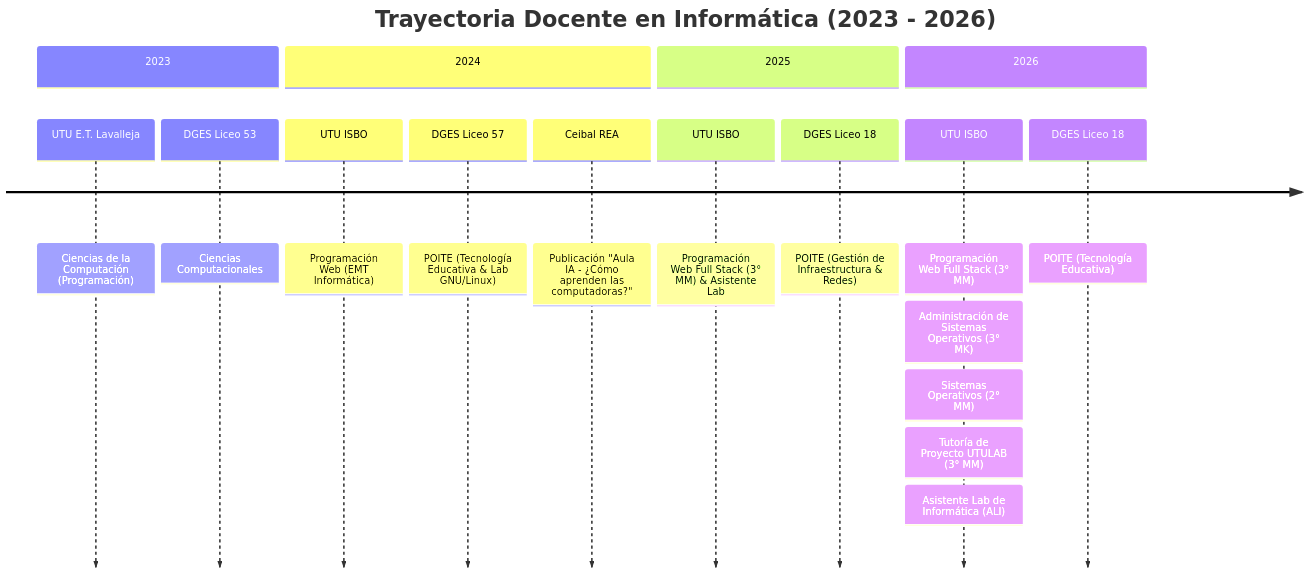
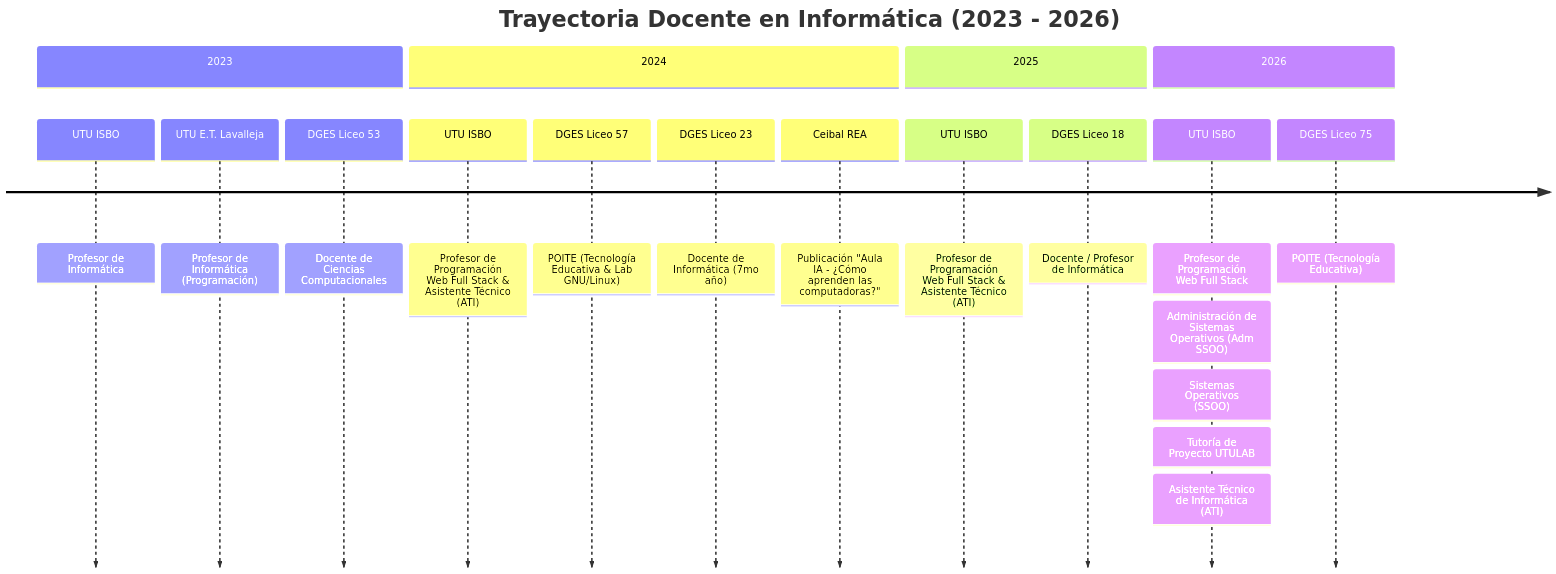
One commit to gavafue/gavafue changed the diagram in README.md. Above: the diagram before and after it, drawn with Mermaid. The commit also changed other lines of this file, not shown here.

Commit message:
docs: actualizar cronologia docente e institucional 2023-2026 (DGETP y DGES)

````diff
--- a/README.md
+++ b/README.md
@@ -49,21 +49,23 @@
 ```mermaid
 timeline
     title Trayectoria Docente en Informática (2023 - 2026)
     section 2023
-        UTU E.T. Lavalleja : Ciencias de la Computación (Programación)
-        DGES Liceo 53 : Ciencias Computacionales
+        UTU ISBO : Profesor de Informática
+        UTU E.T. Lavalleja : Profesor de Informática (Programación)
+        DGES Liceo 53 : Docente de Ciencias Computacionales
     section 2024
-        UTU ISBO : Programación Web (EMT Informática)
+        UTU ISBO : Profesor de Programación Web Full Stack & Asistente Técnico (ATI)
         DGES Liceo 57 : POITE (Tecnología Educativa & Lab GNU/Linux)
+        DGES Liceo 23 : Docente de Informática (7mo año)
         Ceibal REA : Publicación "Aula IA - ¿Cómo aprenden las computadoras?"
     section 2025
-        UTU ISBO : Programación Web Full Stack (3° MM) & Asistente Lab
-        DGES Liceo 18 : POITE (Gestión de Infraestructura & Redes)
+        UTU ISBO : Profesor de Programación Web Full Stack & Asistente Técnico (ATI)
+        DGES Liceo 18 : Docente / Profesor de Informática
     section 2026
-        UTU ISBO : Programación Web Full Stack (3° MM)
-                 : Administración de Sistemas Operativos (3° MK)
-                 : Sistemas Operativos (2° MM)
-                 : Tutoría de Proyecto UTULAB (3° MM)
-                 : Asistente Lab de Informática (ALI)
-        DGES Liceo 18 : POITE (Tecnología Educativa)
+        UTU ISBO : Profesor de Programación Web Full Stack
+                 : Administración de Sistemas Operativos (Adm SSOO)
+                 : Sistemas Operativos (SSOO)
+                 : Tutoría de Proyecto UTULAB
+                 : Asistente Técnico de Informática (ATI)
+        DGES Liceo 75 : POITE (Tecnología Educativa)
 ```
````
